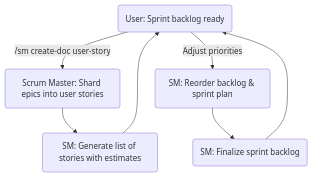
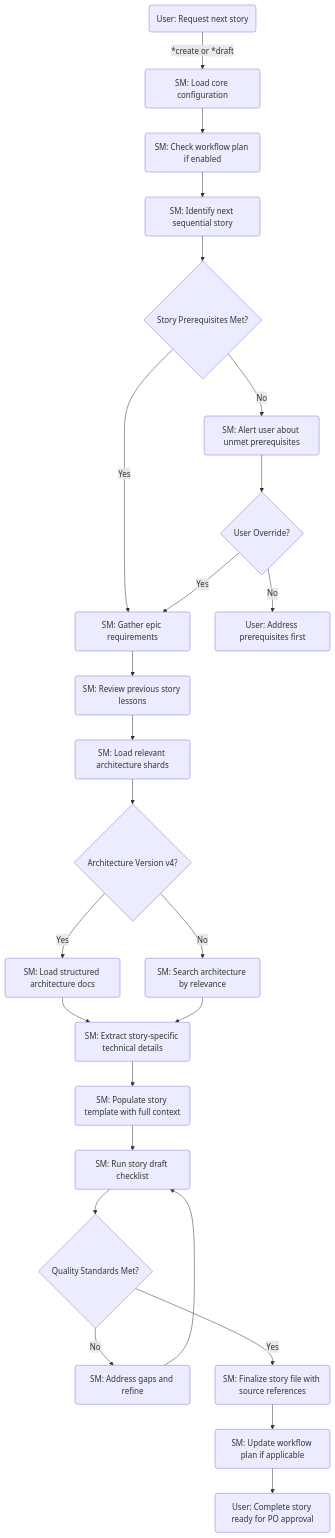
One commit to hitesh-goel/BMAD-METHOD changed diagram 11 of 15 in diagrams.md. Above: the diagram before and after it, drawn with Mermaid. The commit also changed other lines of this file, not shown here.

Commit message:
Enhance command patterns and agent workflows in diagrams.md for clarity and consistency. Introduced detailed command structures for each agent, including core commands, agent-specific commands, and validation processes. Updated flowcharts to reflect new command usage and interaction sequences.

````diff
--- a/diagrams.md
+++ b/diagrams.md
@@ -197,9 +387,27 @@
 ```mermaid
 flowchart TD
-    U(User: Start story breakdown) -->|"/sm create-doc user-story"| SM(Scrum Master: Shard epics into user stories)
-    SM --> SM2(SM: Generate list of stories with estimates)
-    SM2 --> U(User/Team: Review story list)
-    U -->|Adjust priorities| SM3(SM: Reorder backlog & sprint plan)
-    SM3 --> SM4(SM: Finalize sprint backlog)
-    SM4 --> U(User: Sprint backlog ready)
+    U(User: Request next story) -->|"*create or *draft"| SM1(SM: Load core configuration)
+    SM1 --> SM2(SM: Check workflow plan if enabled)
+    SM2 --> SM3(SM: Identify next sequential story)
+    SM3 --> SM4{Story Prerequisites Met?}
+    SM4 -->|No| SM5(SM: Alert user about unmet prerequisites)
+    SM4 -->|Yes| SM6(SM: Gather epic requirements)
+    SM5 --> SM6A{User Override?}
+    SM6A -->|Yes| SM6
+    SM6A -->|No| U2(User: Address prerequisites first)
+    SM6 --> SM7(SM: Review previous story lessons)
+    SM7 --> SM8(SM: Load relevant architecture shards)
+    SM8 --> SM9{Architecture Version v4?}
+    SM9 -->|Yes| SM10(SM: Load structured architecture docs)
+    SM9 -->|No| SM11(SM: Search architecture by relevance)
+    SM10 --> SM12(SM: Extract story-specific technical details)
+    SM11 --> SM12
+    SM12 --> SM13(SM: Populate story template with full context)
+    SM13 --> SM14(SM: Run story draft checklist)
+    SM14 --> SM15{Quality Standards Met?}
+    SM15 -->|No| SM16(SM: Address gaps and refine)
+    SM16 --> SM14
+    SM15 -->|Yes| SM17(SM: Finalize story file with source references)
+    SM17 --> SM18(SM: Update workflow plan if applicable)
+    SM18 --> U3(User: Complete story ready for PO approval)
 ```
````
